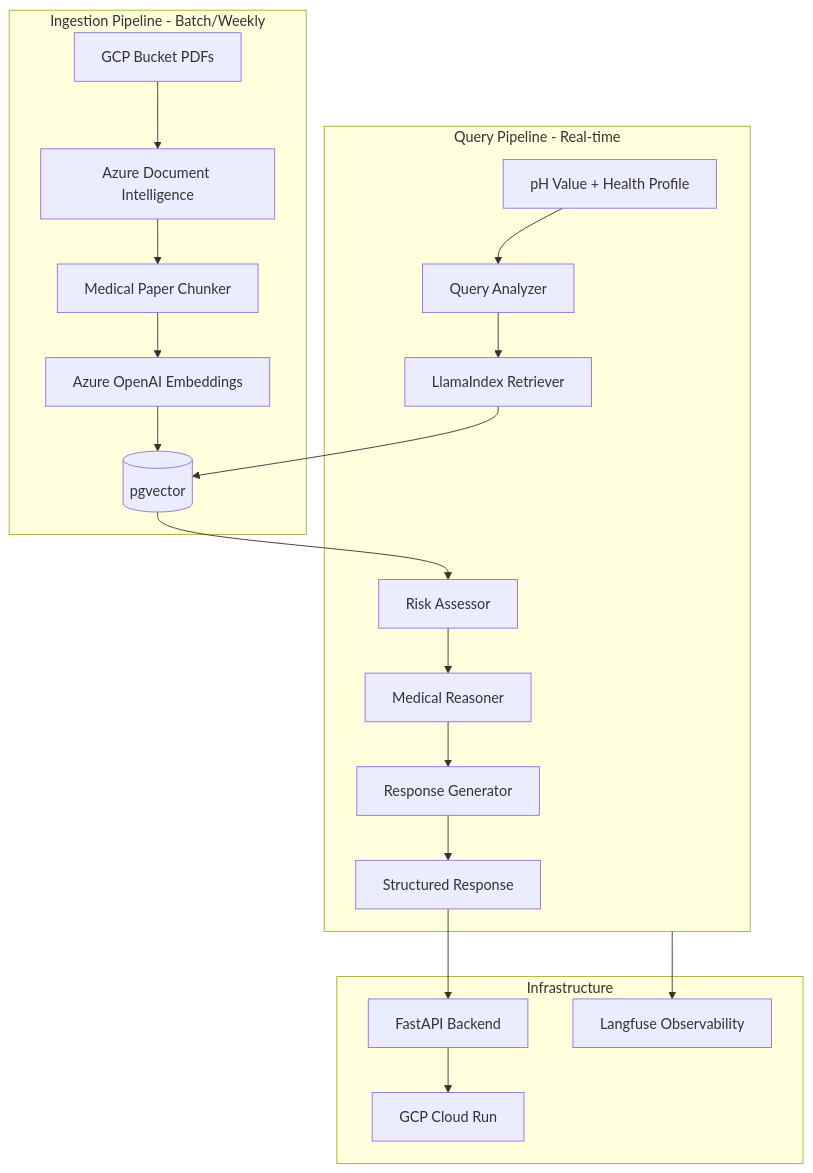
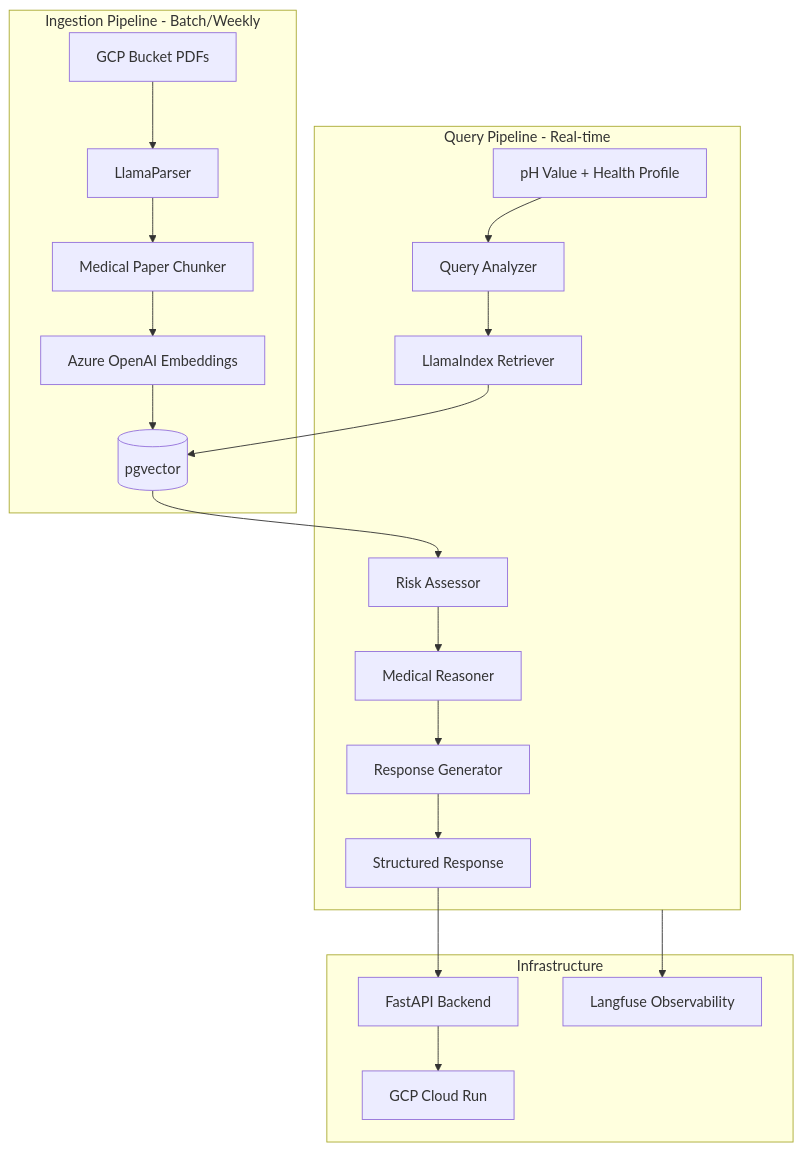
Before and after one commit to phera-hera/GenAI: the first of 2 diagrams in femtech_medical_rag_agent.md, drawn with Mermaid. The commit also changed other lines of this file and 18 other files, not shown here.

Commit message:
changed azure document intelligence to llamaparser

````diff
--- a/femtech_medical_rag_agent.md
+++ b/femtech_medical_rag_agent.md
@@ -83,29 +83,29 @@
 ```mermaid
 flowchart TB
     subgraph ingestion [Ingestion Pipeline - Batch/Weekly]
-        GCP[GCP Bucket PDFs] --> AzureDoc[Azure Document Intelligence]
-        AzureDoc --> Chunker[Medical Paper Chunker]
+        GCP[GCP Bucket PDFs] --> LlamaParser[LlamaParser]
+        LlamaParser --> Chunker[Medical Paper Chunker]
         Chunker --> Embedder[Azure OpenAI Embeddings]
         Embedder --> PGVector[(pgvector)]
     end
     
     subgraph query [Query Pipeline - Real-time]
         Input[pH Value + Health Profile] --> Analyzer[Query Analyzer]
         Analyzer --> Retriever[LlamaIndex Retriever]
         Retriever --> PGVector
         PGVector --> RiskAssessor[Risk Assessor]
         RiskAssessor --> Reasoner[Medical Reasoner]
         Reasoner --> ResponseGen[Response Generator]
         ResponseGen --> Output[Structured Response]
     end
     
     subgraph infra [Infrastructure]
         FastAPI[FastAPI Backend]
         Langfuse[Langfuse Observability]
         CloudRun[GCP Cloud Run]
     end
     
     Output --> FastAPI
     FastAPI --> CloudRun
     query --> Langfuse
 ```
````
